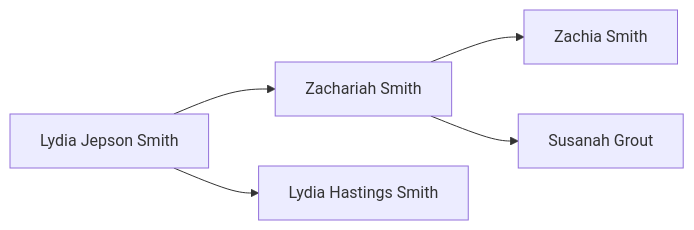
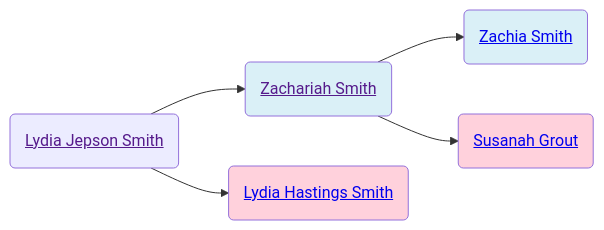
Before and after one commit to neelsmith/avocational: the diagram in familyhistory/sources/people/Merrill-line/White-line/Candace-Smith-line/Lydia_Jepson_Smith.qmd, drawn with Mermaid. The commit also changed 71 other files, not shown here.

````diff
--- a/familyhistory/sources/people/Merrill-line/White-line/Candace-Smith-line/Lydia_Jepson_Smith.qmd
+++ b/familyhistory/sources/people/Merrill-line/White-line/Candace-Smith-line/Lydia_Jepson_Smith.qmd
@@ -19,7 +19,15 @@
 ```{mermaid}
 graph LR
-Lydia_Jepson_Smith[Lydia Jepson Smith] -->  Zachariah_Smith[Zachariah Smith]
-Zachariah_Smith[Zachariah Smith] -->  Zachia_Smith[Zachia Smith]
-Zachariah_Smith[Zachariah Smith]  --> Susanah_Grout[Susanah Grout]
-Lydia_Jepson_Smith[Lydia Jepson Smith]  --> Lydia_Hastings_Smith[Lydia Hastings Smith]
+Lydia_Jepson_Smith(<a href=''>Lydia Jepson Smith</>) -->  Zachariah_Smith(<a href='./Zachariah_Smith.html'>Zachariah Smith</>)
+Zachariah_Smith(<a href=''>Zachariah Smith</>) -->  Zachia_Smith(<a href='./../../Zachia_Smith.html'>Zachia Smith</>)
+class Zachia_Smith father
+Zachariah_Smith(<a href=''>Zachariah Smith</>)  --> Susanah_Grout(<a href='./../../Susanah_Grout.html'>Susanah Grout</>)
+class Susanah_Grout mother
+class Zachariah_Smith father
+Lydia_Jepson_Smith(<a href=''>Lydia Jepson Smith</>)  --> Lydia_Hastings_Smith(<a href='./Lydia_Hastings_Smith.html'>Lydia Hastings Smith</>)
+class Lydia_Hastings_Smith mother
+classDef mother fill:#ffd1dc
+classDef father fill:#daf0f7  
+classDef marriage fill:#ffffff
+
 ```
````
